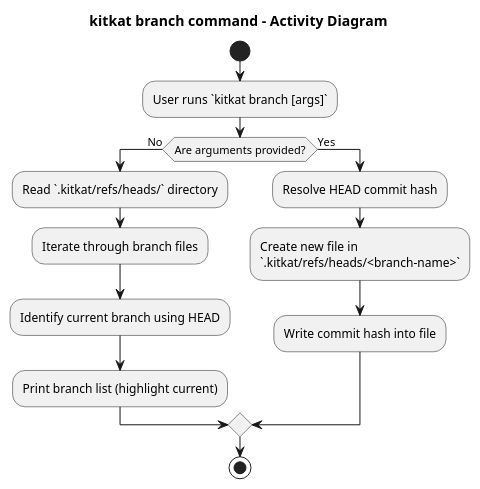
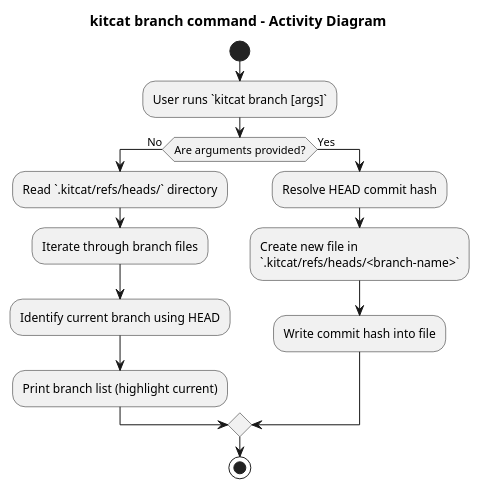
Before and after one commit to LeeFred3042U/kitkat: the diagram in docs/architecture/branch/branch.puml, drawn with PlantUML. The commit also changed 47 other files, not shown here.

Commit message:
chore: change kitkat to kitcat (#147)

```diff
--- a/docs/architecture/branch/branch.puml
+++ b/docs/architecture/branch/branch.puml
@@ -1,25 +1,25 @@
 @startuml
-title kitkat branch command - Activity Diagram
+title kitcat branch command - Activity Diagram
 
 start
 
-:User runs `kitkat branch [args]`;
+:User runs `kitcat branch [args]`;
 
 if (Are arguments provided?) then (No)
 
-  :Read `.kitkat/refs/heads/` directory;
+  :Read `.kitcat/refs/heads/` directory;
   :Iterate through branch files;
   :Identify current branch using HEAD;
   :Print branch list (highlight current);
 
 else (Yes)
 
   :Resolve HEAD commit hash;
   :Create new file in
-  `.kitkat/refs/heads/<branch-name>`;
+  `.kitcat/refs/heads/<branch-name>`;
   :Write commit hash into file;
 
 endif
 
 stop
 @enduml
```
